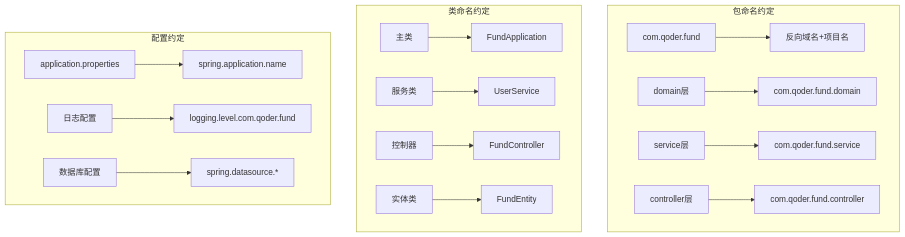
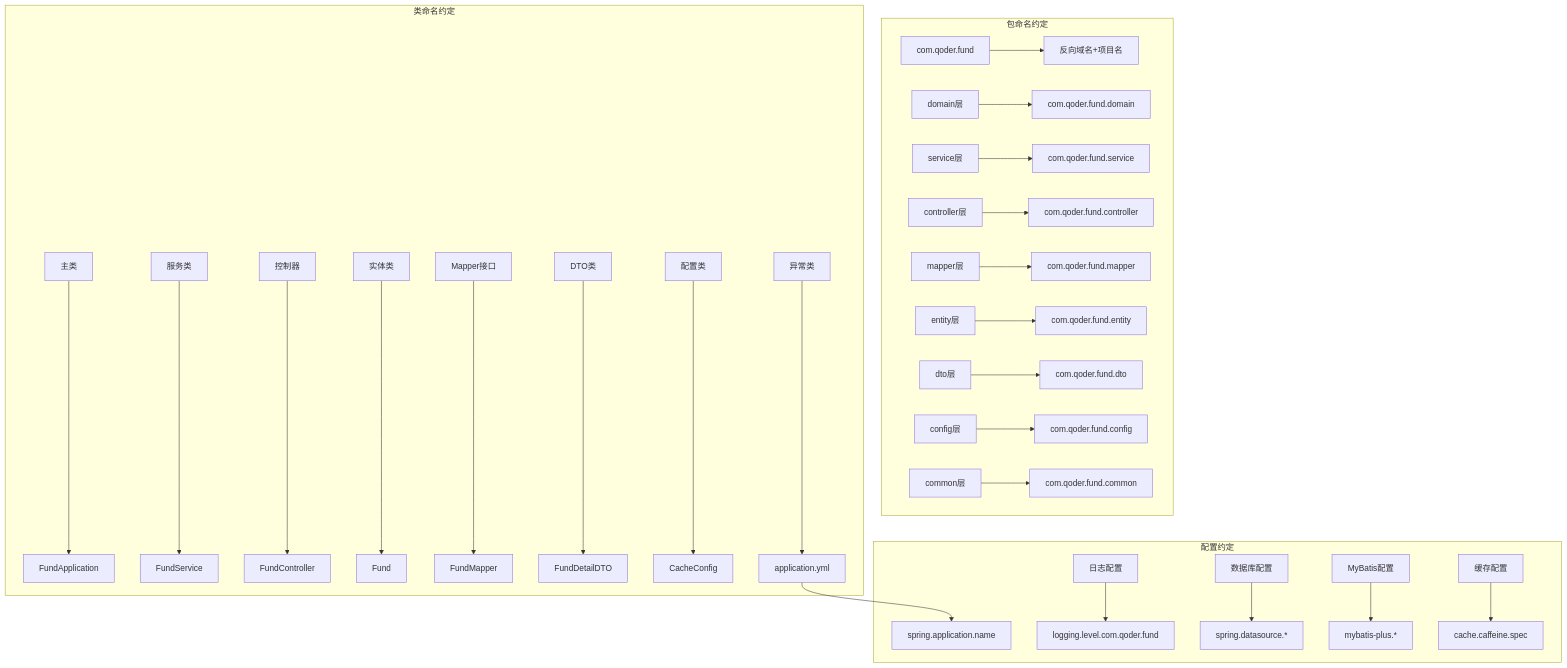
Diagram 17 of 22 in .qoder/repowiki/zh/content/项目结构详解.md (gree-coder/fund-butler), drawn with Mermaid before and after one commit. The commit also changed other lines of this file and 10 other files, not shown here.

````diff
--- a/.qoder/repowiki/zh/content/项目结构详解.md
+++ b/.qoder/repowiki/zh/content/项目结构详解.md
@@ -285,20 +683,31 @@
 ```mermaid
 graph TB
 subgraph "包命名约定"
 A[com.qoder.fund] --> B[反向域名+项目名]
 C[domain层] --> D[com.qoder.fund.domain]
 E[service层] --> F[com.qoder.fund.service]
 G[controller层] --> H[com.qoder.fund.controller]
+I[mapper层] --> J[com.qoder.fund.mapper]
+K[entity层] --> L[com.qoder.fund.entity]
+M[dto层] --> N[com.qoder.fund.dto]
+O[config层] --> P[com.qoder.fund.config]
+Q[common层] --> R[com.qoder.fund.common]
 end
 subgraph "类命名约定"
-I[主类] --> J[FundApplication]
-K[服务类] --> L[UserService]
-M[控制器] --> N[FundController]
-O[实体类] --> P[FundEntity]
+S[主类] --> T[FundApplication]
+U[服务类] --> V[FundService]
+W[控制器] --> X[FundController]
+Y[实体类] --> Z[Fund]
+AA[Mapper接口] --> AB[FundMapper]
+AC[DTO类] --> AD[FundDetailDTO]
+AE[配置类] --> AF[CacheConfig]
+AG[异常类] --> AH[GlobalExceptionHandler]
 end
 subgraph "配置约定"
-Q[application.properties] --> R[spring.application.name]
-S[日志配置] --> T[logging.level.com.qoder.fund]
-U[数据库配置] --> V[spring.datasource.*]
+AH[application.yml] --> AI[spring.application.name]
+AJ[日志配置] --> AK[logging.level.com.qoder.fund]
+AL[数据库配置] --> AM[spring.datasource.*]
+AN[MyBatis配置] --> AO[mybatis-plus.*]
+AP[缓存配置] --> AQ[cache.caffeine.spec]
 end
 ```
````
